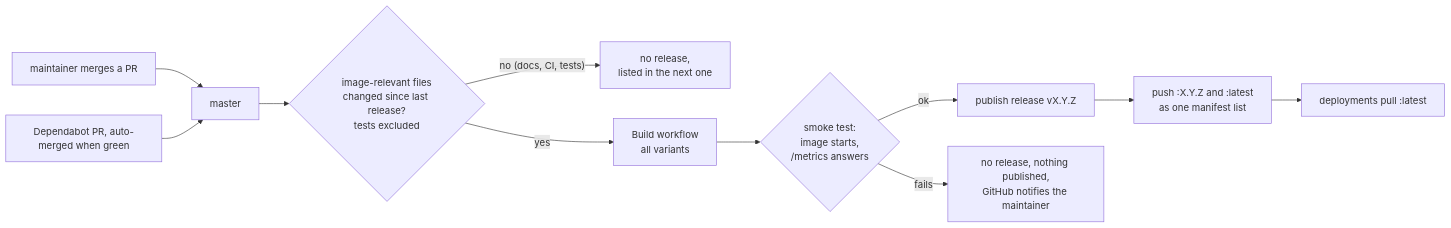
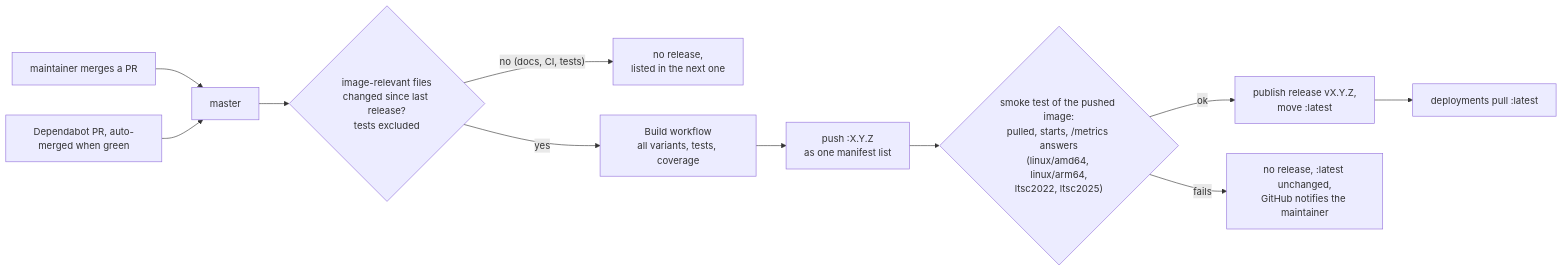
One commit to motwok/npm-switchyard changed the diagram in RELEASING.md. Above: the diagram before and after it, drawn with Mermaid. The commit also changed other lines of this file and 3 other files, not shown here.

First line of the commit message:
ci: smoke-test pushed images before publishing (#19)

````diff
--- a/RELEASING.md
+++ b/RELEASING.md
@@ -32,13 +32,13 @@
 ```mermaid
 flowchart LR
   O[maintainer merges a PR] --> M[master]
   D[Dependabot PR, auto-merged when green] --> M
   M --> C{image-relevant files<br/>changed since last release?<br/>tests excluded}
   C -- "no (docs, CI, tests)" --> Q[no release,<br/>listed in the next one]
-  C -- yes --> B[Build workflow<br/>all variants]
-  B --> T{smoke test:<br/>image starts,<br/>/metrics answers}
-  T -- ok --> R[publish release vX.Y.Z]
-  R --> G["push :X.Y.Z and :latest<br/>as one manifest list"]
-  T -- fails --> N[no release, nothing published,<br/>GitHub notifies the maintainer]
-  G --> P[deployments pull :latest]
+  C -- yes --> B[Build workflow<br/>all variants, tests, coverage]
+  B --> G["push :X.Y.Z<br/>as one manifest list"]
+  G --> T{"smoke test of the pushed image:<br/>pulled, starts, /metrics answers<br/>(linux/amd64, linux/arm64,<br/>ltsc2022, ltsc2025)"}
+  T -- ok --> R[publish release vX.Y.Z,<br/>move :latest]
+  T -- fails --> N[no release, :latest unchanged,<br/>GitHub notifies the maintainer]
+  R --> P[deployments pull :latest]
 ```
````
